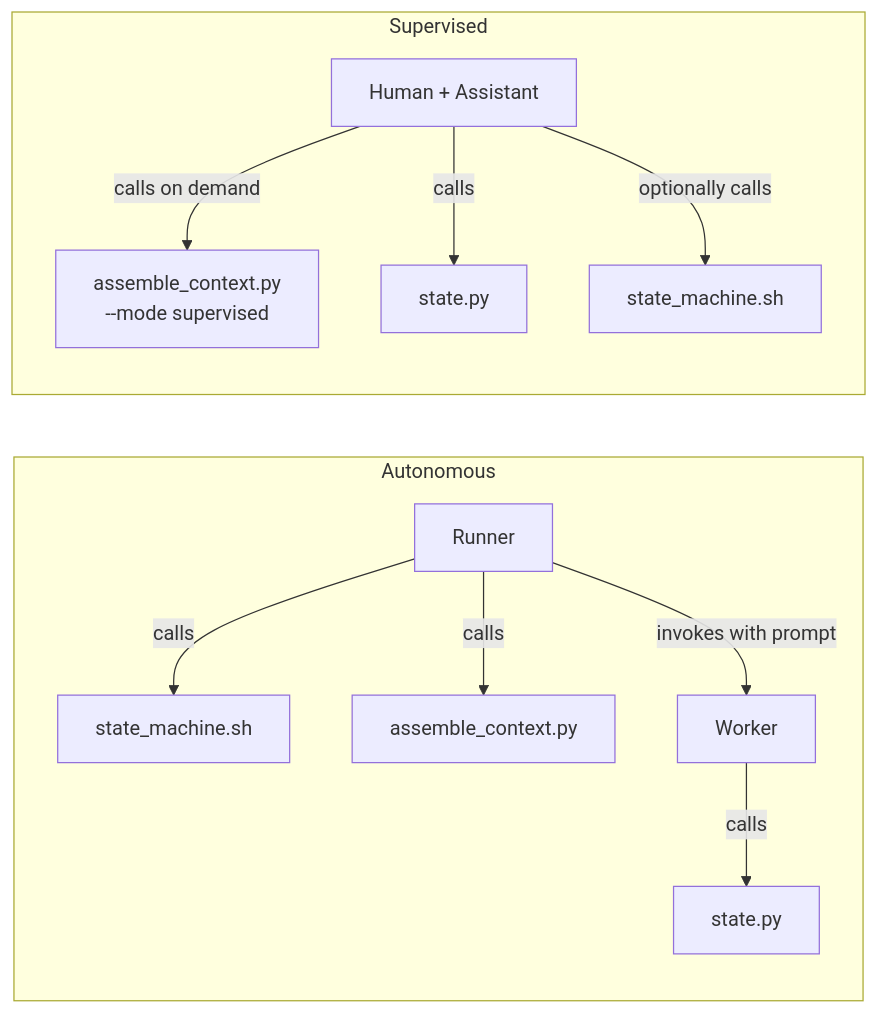
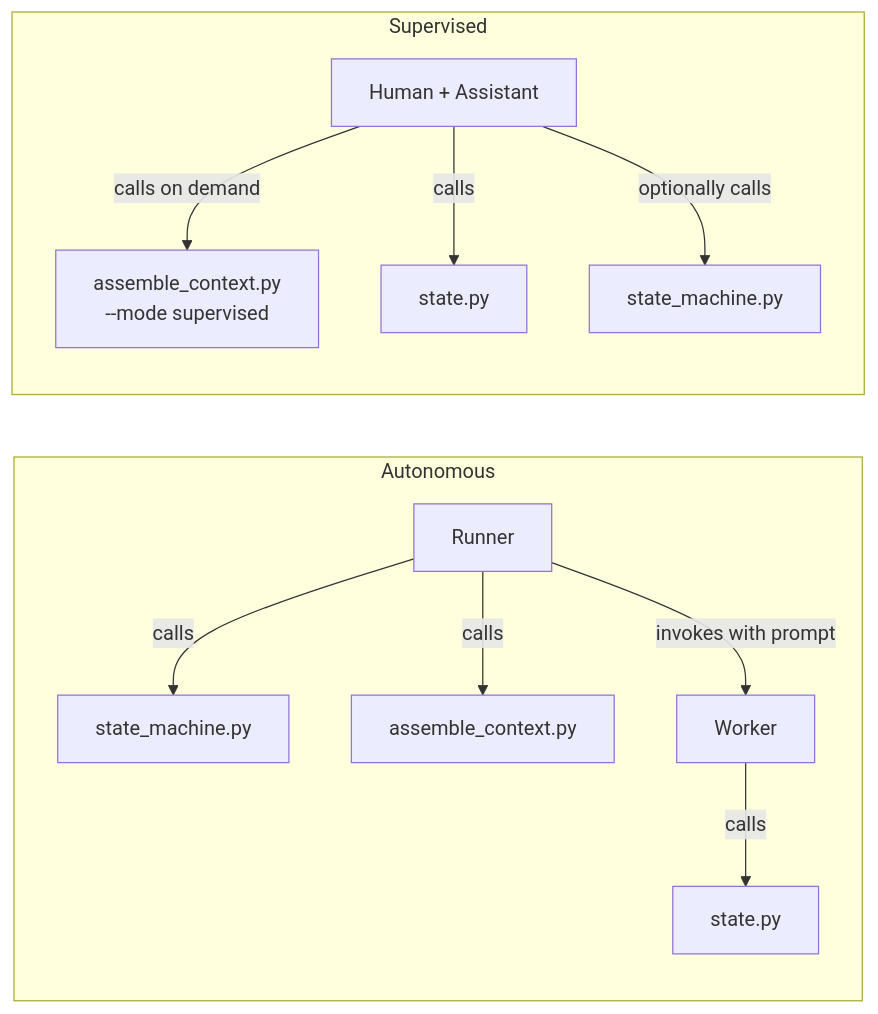
One commit to LesTP/i2c changed the fifth of 5 diagrams in WORKFLOW.md. Above: the diagram before and after it, drawn with Mermaid. The commit also changed other lines of this file and 2 other files, not shown here.

````diff
--- a/WORKFLOW.md
+++ b/WORKFLOW.md
@@ -314,15 +314,15 @@
 ```mermaid
 graph LR
     subgraph "Autonomous"
-        R["Runner"] -->|"calls"| SM2["state_machine.sh"]
+        R["Runner"] -->|"calls"| SM2["state_machine.py"]
         R -->|"calls"| ASM2["assemble_context.py"]
         R -->|"invokes with prompt"| W2["Worker"]
         W2 -->|"calls"| SP2["state.py"]
     end
 
     subgraph "Supervised"
         HA["Human + Assistant"] -->|"calls on demand"| ASM3["assemble_context.py<br/>--mode supervised"]
         HA -->|"calls"| SP3["state.py"]
-        HA -->|"optionally calls"| SM3["state_machine.sh"]
+        HA -->|"optionally calls"| SM3["state_machine.py"]
     end
 ```
````
